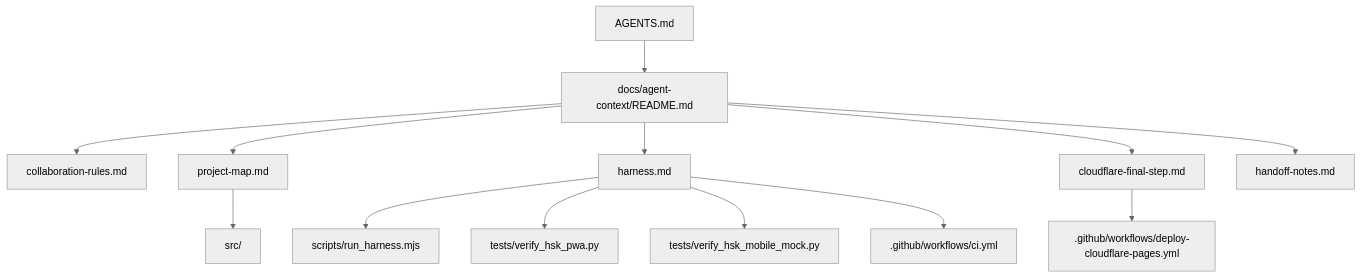
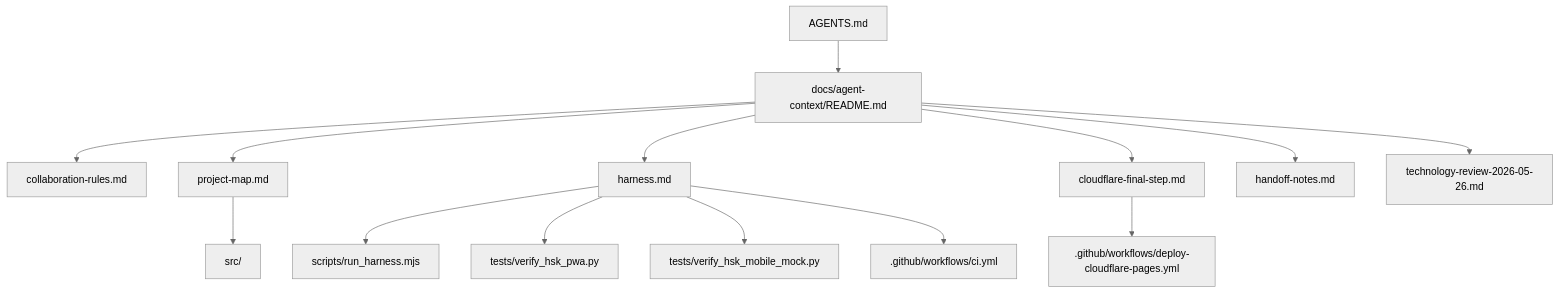
Before and after one commit to meiiie/hong_hsk: the diagram in docs/agent-context/README.md, drawn with Mermaid (neutral theme). The commit also changed other lines of this file and 5 other files, not shown here.

Commit message:
Document HSK4 technology review

````diff
--- a/docs/agent-context/README.md
+++ b/docs/agent-context/README.md
@@ -20,15 +21,16 @@
 ```mermaid
 flowchart TD
   A["AGENTS.md"] --> B["docs/agent-context/README.md"]
   B --> C["collaboration-rules.md"]
   B --> D["project-map.md"]
   B --> E["harness.md"]
   B --> F["cloudflare-final-step.md"]
   B --> G["handoff-notes.md"]
+  B --> N["technology-review-2026-05-26.md"]
   E --> H["scripts/run_harness.mjs"]
   E --> I["tests/verify_hsk_pwa.py"]
   E --> J["tests/verify_hsk_mobile_mock.py"]
   E --> K[".github/workflows/ci.yml"]
   F --> L[".github/workflows/deploy-cloudflare-pages.yml"]
   D --> M["src/"]
 ```
````
